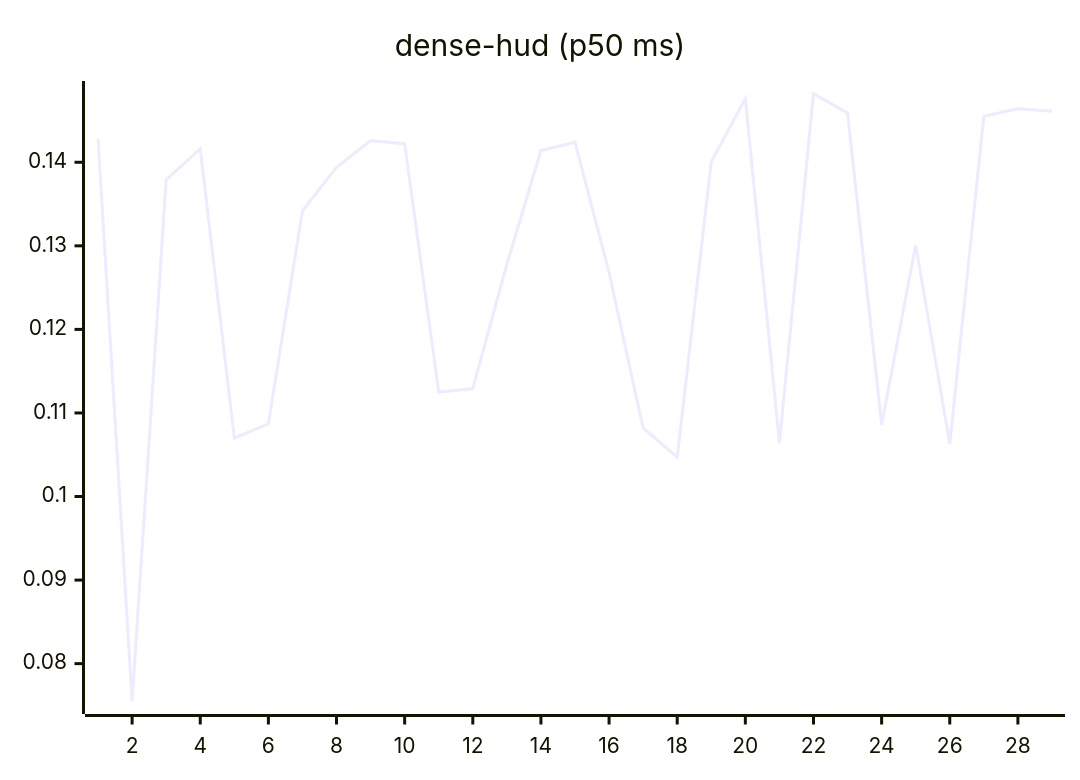
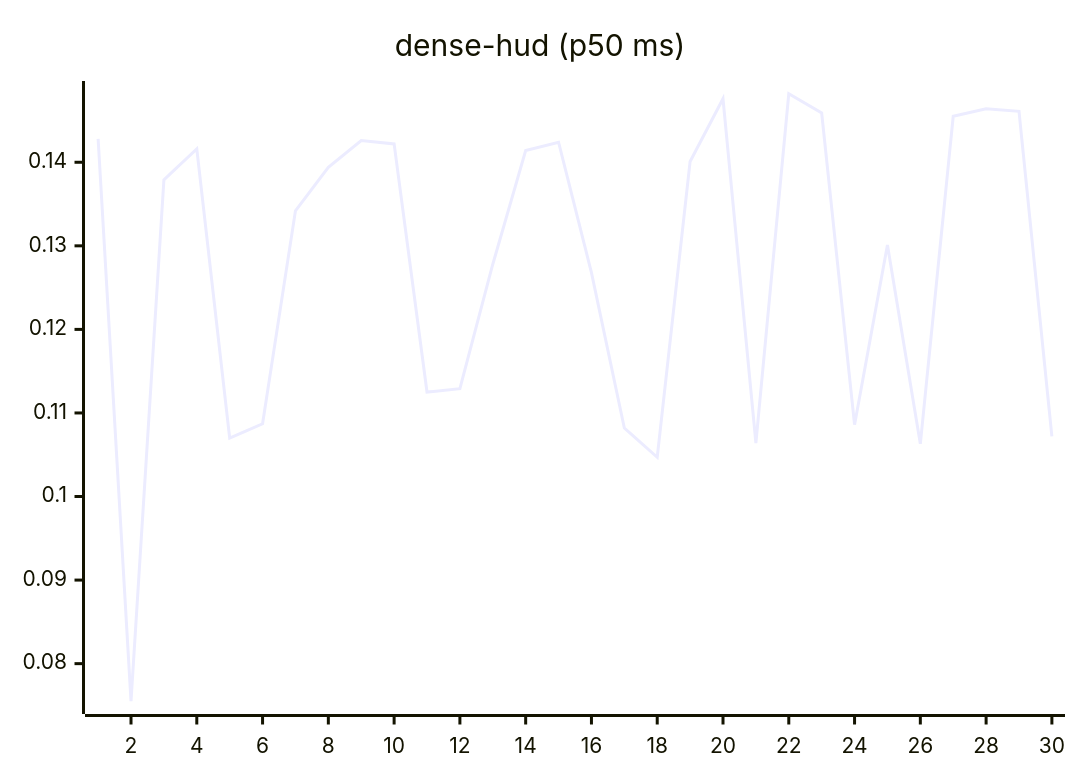
The eighth of 27 diagrams in README.md (josha/Facet), drawn with Mermaid before and after one commit. The commit also changed other lines of this file and 2 other files, not shown here.

````diff
--- a/README.md
+++ b/README.md
@@ -112,6 +112,6 @@
 ```mermaid
 xychart-beta
     title "dense-hud (p50 ms)"
-    x-axis 1 --> 29
-    line [0.1428, 0.0755, 0.1379, 0.1416, 0.1070, 0.1087, 0.1342, 0.1394, 0.1426, 0.1422, 0.1125, 0.1129, 0.1278, 0.1414, 0.1424, 0.1268, 0.1082, 0.1047, 0.1401, 0.1476, 0.1064, 0.1482, 0.1459, 0.1086, 0.1301, 0.1063, 0.1455, 0.1464, 0.1461]
+    x-axis 1 --> 30
+    line [0.1428, 0.0755, 0.1379, 0.1416, 0.1070, 0.1087, 0.1342, 0.1394, 0.1426, 0.1422, 0.1125, 0.1129, 0.1278, 0.1414, 0.1424, 0.1268, 0.1082, 0.1047, 0.1401, 0.1476, 0.1064, 0.1482, 0.1459, 0.1086, 0.1301, 0.1063, 0.1455, 0.1464, 0.1461, 0.1072]
 ```
````
